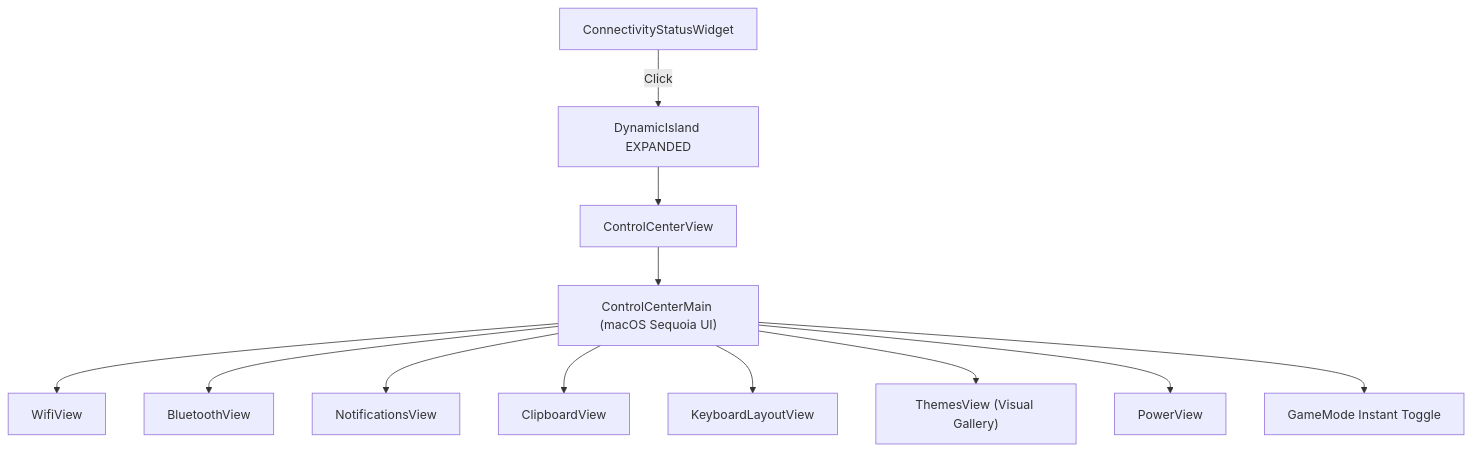
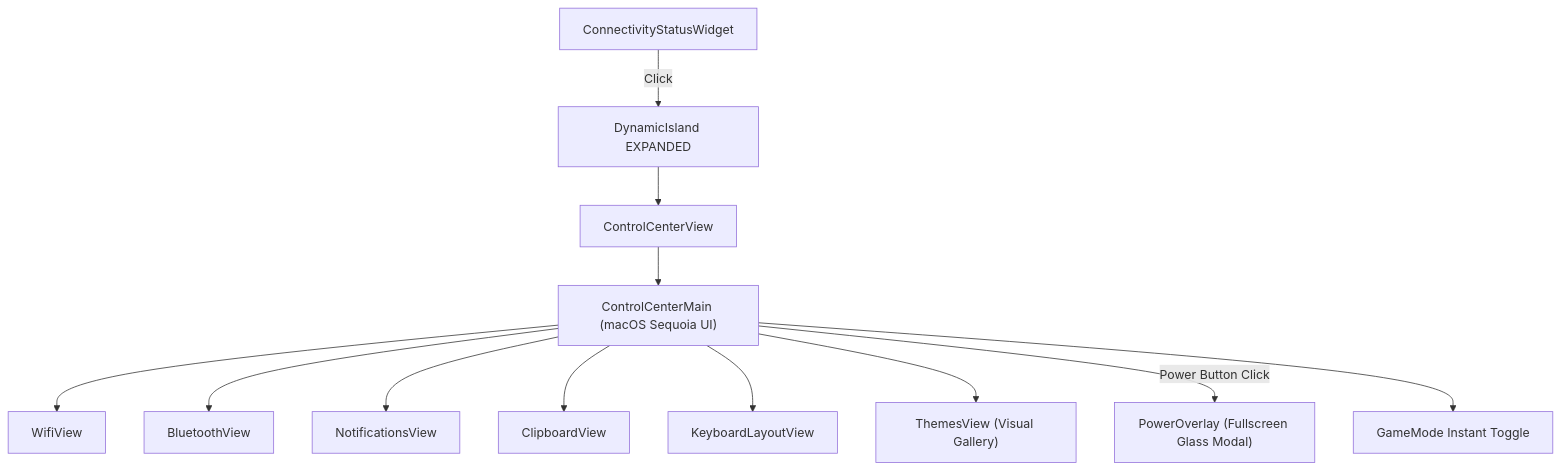
One commit to ogsammaenr/OgsShell-qs changed the diagram in ogsShell-qs_brain/03-UI-Components/Control-Center-Widget.md. Above: the diagram before and after it, drawn with Mermaid. The commit also changed other lines of this file and 10 other files, not shown here.

Commit message:
feat(power): redesign session manager into fullscreen dark glass power overlay

````diff
--- a/ogsShell-qs_brain/03-UI-Components/Control-Center-Widget.md
+++ b/ogsShell-qs_brain/03-UI-Components/Control-Center-Widget.md
@@ -39,14 +42,14 @@
 ```mermaid
 graph TD
     PILL["ConnectivityStatusWidget"] -->|Click| EXPAND["DynamicIsland EXPANDED"]
     EXPAND --> CC["ControlCenterView"]
     CC --> MAIN["ControlCenterMain (macOS Sequoia UI)"]
     MAIN --> W["WifiView"]
     MAIN --> B["BluetoothView"]
     MAIN --> N["NotificationsView"]
     MAIN --> C["ClipboardView"]
     MAIN --> K["KeyboardLayoutView"]
     MAIN --> T["ThemesView (Visual Gallery)"]
-    MAIN --> P["PowerView"]
+    MAIN -->|Power Button Click| PWR["PowerOverlay (Fullscreen Glass Modal)"]
     MAIN --> G["GameMode Instant Toggle"]
 ```
````
